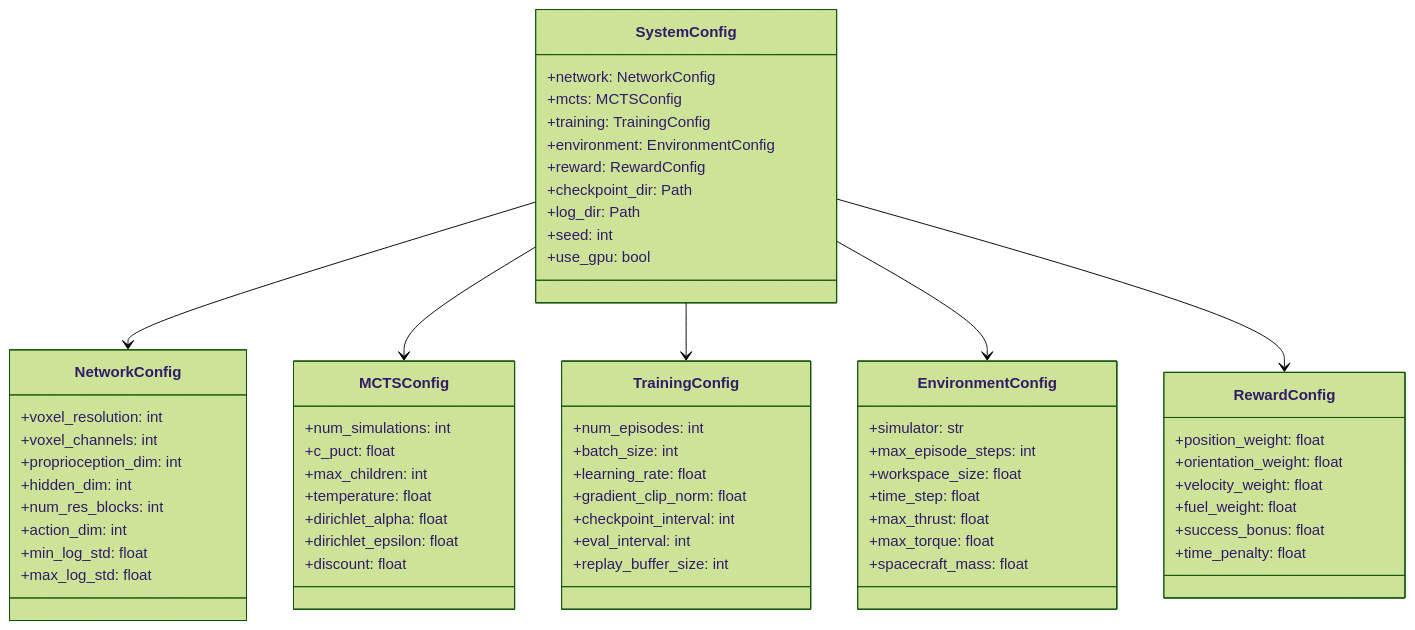
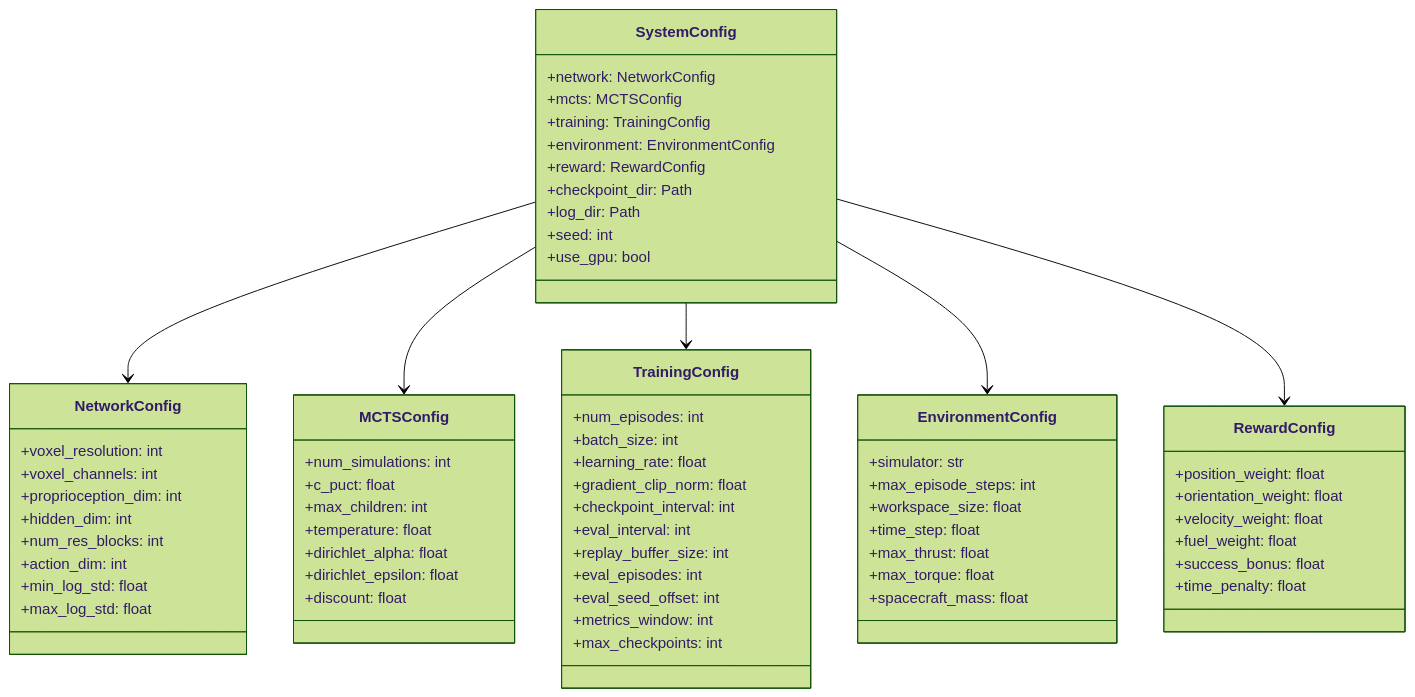
One commit to ianshank/Alpha-space changed the seventh of 12 diagrams in ARCHITECTURE.md. Above: the diagram before and after it, drawn with Mermaid (forest theme). The commit also changed other lines of this file and 48 other files, not shown here.

````diff
--- a/ARCHITECTURE.md
+++ b/ARCHITECTURE.md
@@ -373,70 +387,74 @@
 ```mermaid
 classDiagram
     class SystemConfig {
         +network: NetworkConfig
         +mcts: MCTSConfig
         +training: TrainingConfig
         +environment: EnvironmentConfig
         +reward: RewardConfig
         +checkpoint_dir: Path
         +log_dir: Path
         +seed: int
         +use_gpu: bool
     }
 
     class NetworkConfig {
         +voxel_resolution: int
         +voxel_channels: int
         +proprioception_dim: int
         +hidden_dim: int
         +num_res_blocks: int
         +action_dim: int
         +min_log_std: float
         +max_log_std: float
     }
 
     class MCTSConfig {
         +num_simulations: int
         +c_puct: float
         +max_children: int
         +temperature: float
         +dirichlet_alpha: float
         +dirichlet_epsilon: float
         +discount: float
     }
 
     class TrainingConfig {
         +num_episodes: int
         +batch_size: int
         +learning_rate: float
         +gradient_clip_norm: float
         +checkpoint_interval: int
         +eval_interval: int
         +replay_buffer_size: int
+        +eval_episodes: int
+        +eval_seed_offset: int
+        +metrics_window: int
+        +max_checkpoints: int
     }
 
     class EnvironmentConfig {
         +simulator: str
         +max_episode_steps: int
         +workspace_size: float
         +time_step: float
         +max_thrust: float
         +max_torque: float
         +spacecraft_mass: float
     }
 
     class RewardConfig {
         +position_weight: float
         +orientation_weight: float
         +velocity_weight: float
         +fuel_weight: float
         +success_bonus: float
         +time_penalty: float
     }
 
     SystemConfig --> NetworkConfig
     SystemConfig --> MCTSConfig
     SystemConfig --> TrainingConfig
     SystemConfig --> EnvironmentConfig
     SystemConfig --> RewardConfig
 ```
````
